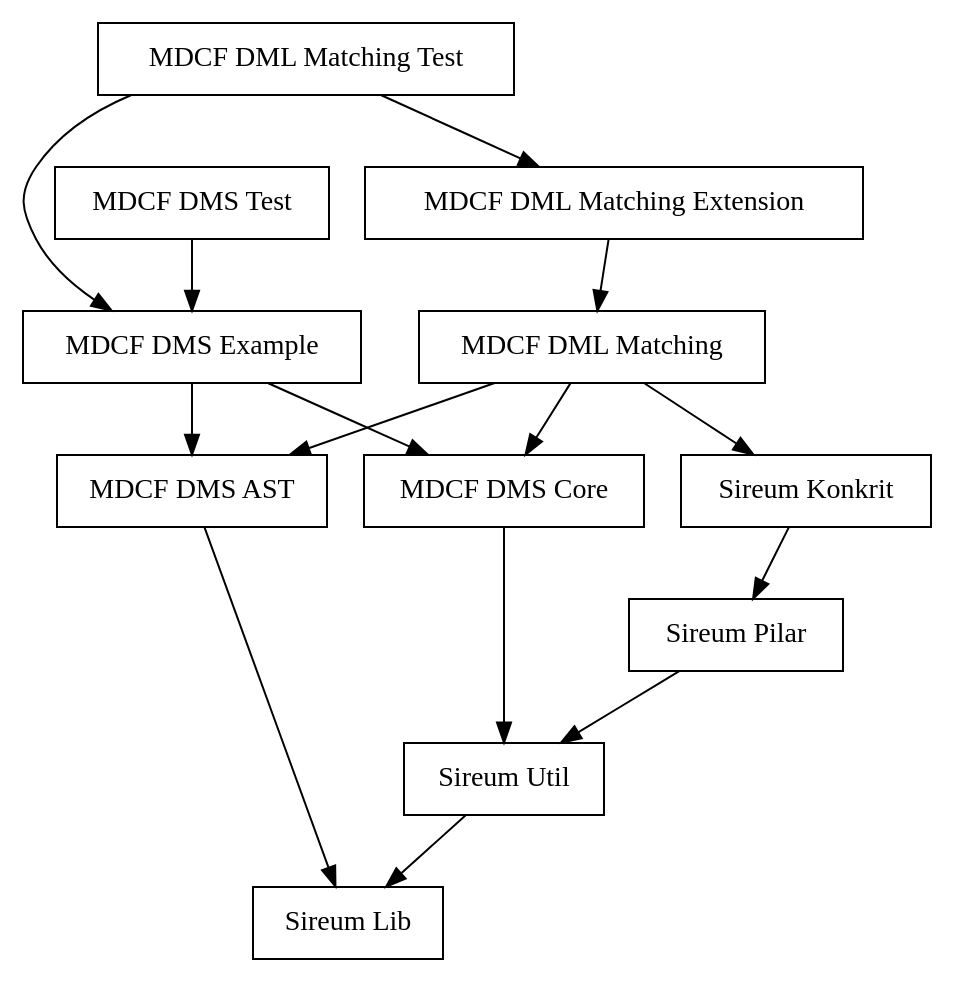
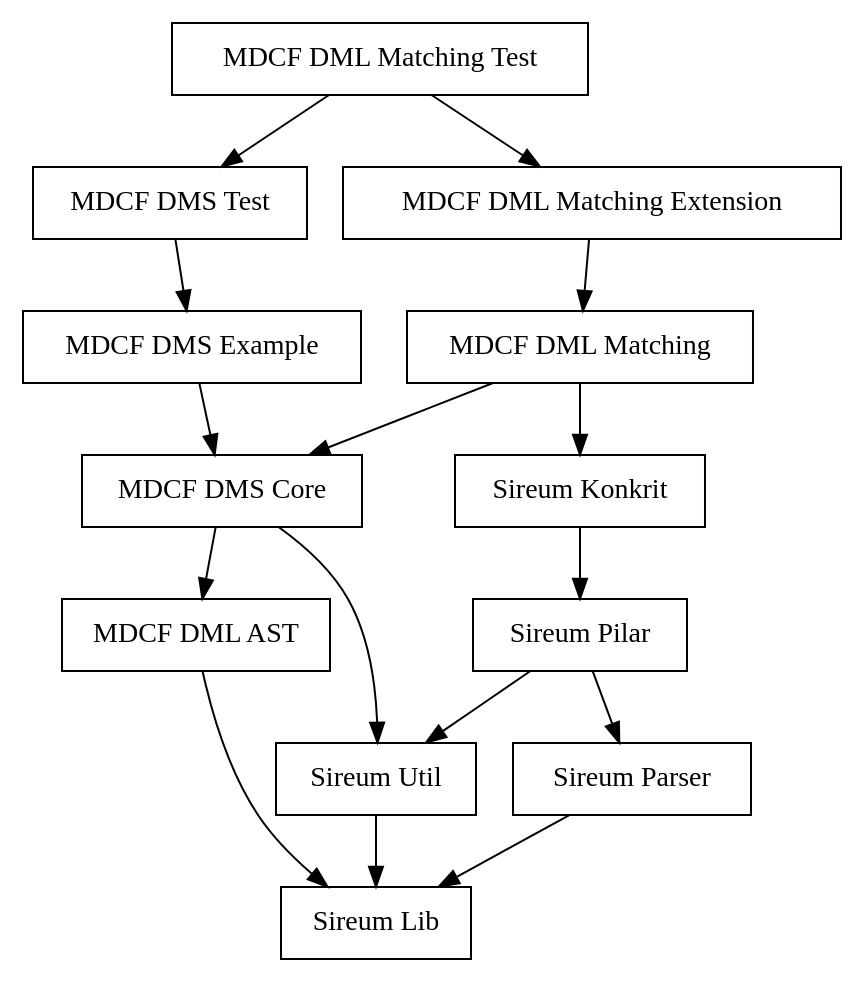
One commit to mdcf/devicemodel changed the diagram in mdcf-build/project-dependency.dot. Above: the diagram before and after it, drawn with Graphviz. The commit also changed 2 other files, not shown here.

Commit message:
Updated build doc and project dependency dot graph.

```diff
--- a/mdcf-build/project-dependency.dot
+++ b/mdcf-build/project-dependency.dot
@@ -1,27 +1,29 @@
 digraph G {
-  "Sireum Lib" [shape="box"]
-  "Sireum Util" [shape="box"]
-  "Sireum Util" -> "Sireum Lib"
-  "Sireum Pilar" [shape="box"]
-  "Sireum Pilar" -> "Sireum Util"
-  "Sireum Konkrit" [shape="box"]
-  "Sireum Konkrit" -> "Sireum Pilar"
-  "MDCF DMS Core" [shape="box"]
-  "MDCF DMS Core" -> "Sireum Util"
-  "MDCF DMS AST" [shape="box"]
-  "MDCF DMS AST" -> "Sireum Lib"
-  "MDCF DMS Example" [shape="box"]
-  "MDCF DMS Example" -> "MDCF DMS Core"
-  "MDCF DMS Example" -> "MDCF DMS AST"
-  "MDCF DMS Test" [shape="box"]
-  "MDCF DMS Test" -> "MDCF DMS Example"
+  "MDCF DML Matching Test" [shape="box"]
+  "MDCF DML Matching Test" -> "MDCF DMS Test"
+  "MDCF DML Matching Test" -> "MDCF DML Matching Extension"
+  "MDCF DML Matching Extension" [shape="box"]
+  "MDCF DML Matching Extension" -> "MDCF DML Matching"
   "MDCF DML Matching" [shape="box"]
   "MDCF DML Matching" -> "Sireum Konkrit"
   "MDCF DML Matching" -> "MDCF DMS Core"
-  "MDCF DML Matching" -> "MDCF DMS AST"
-  "MDCF DML Matching Extension" [shape="box"]
-  "MDCF DML Matching Extension" -> "MDCF DML Matching"
-  "MDCF DML Matching Test" [shape="box"]
-  "MDCF DML Matching Test" -> "MDCF DMS Example"
-  "MDCF DML Matching Test" -> "MDCF DML Matching Extension"
+  "MDCF DMS Test" [shape="box"]
+  "MDCF DMS Test" -> "MDCF DMS Example"
+  "MDCF DMS Example" [shape="box"]
+  "MDCF DMS Example" -> "MDCF DMS Core"
+  "MDCF DMS Core" [shape="box"]
+  "MDCF DMS Core" -> "Sireum Util"
+  "MDCF DMS Core" -> "MDCF DML AST"
+  "MDCF DML AST" [shape="box"]
+  "MDCF DML AST" -> "Sireum Lib"
+  "Sireum Konkrit" [shape="box"]
+  "Sireum Konkrit" -> "Sireum Pilar"
+  "Sireum Pilar" [shape="box"]
+  "Sireum Pilar" -> "Sireum Util"
+  "Sireum Pilar" -> "Sireum Parser"
+  "Sireum Parser" [shape="box"]
+  "Sireum Parser" -> "Sireum Lib"
+  "Sireum Util" [shape="box"]
+  "Sireum Util" -> "Sireum Lib"
+  "Sireum Lib" [shape="box"]
 }
```
